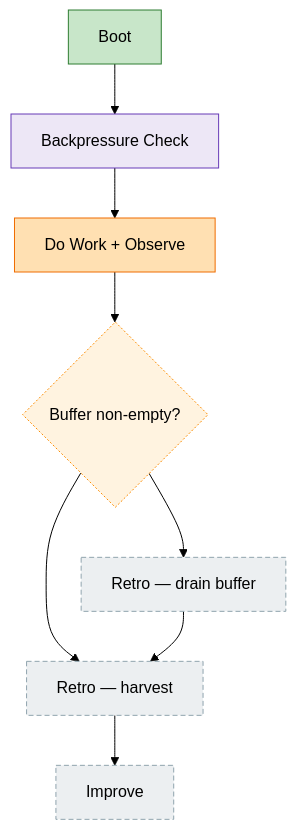
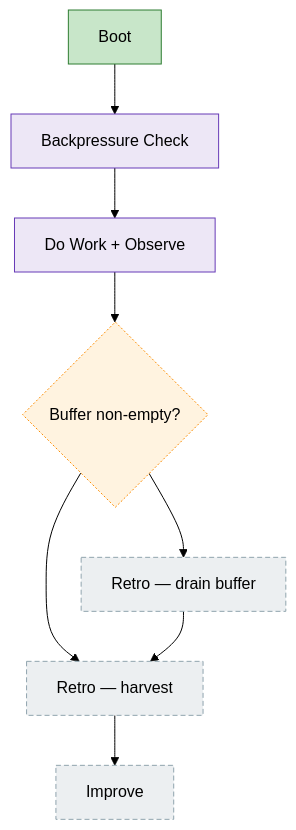
Before and after one commit to AI-Substrate/harness-engineering: the diagram in harness/cli/test/services/flow/fixtures/render/harness-loop.md, drawn with Mermaid (forest theme). The commit also changed 2 other files, not shown here.

Commit message:
fix(flow-040): P3.1 — `observe` is a harness type (D5 colour parity)
HARNESS_TYPES omitted 'observe', so an observe-typed chore (the per-phase
coding-hook capture) rendered :::assumed (grey) instead of :::harness (violet) —
incoherent under D5's colour=type rule, since observe is a harness-loop seam like
backpressure/boot/retro. In the OOTB starter the 5 chores then split 4 violet + 1
grey. Add 'observe' to HARNESS_TYPES; only harness-loop.md golden changes (one
line: observe :::wip → :::harness). Test bites (independently mutation-verified);
1562/1562 green.

````diff
--- a/harness/cli/test/services/flow/fixtures/render/harness-loop.md
+++ b/harness/cli/test/services/flow/fixtures/render/harness-loop.md
@@ -8,32 +8,32 @@
 ```mermaid
 flowchart TD
     boot["Boot"]:::done
     backpressure["Backpressure Check"]:::harness
-    observe["Do Work + Observe"]:::wip
+    observe["Do Work + Observe"]:::harness
     drain_gate{"Buffer non-empty?"}:::decision
     retro_drain["Retro — drain buffer"]:::assumed
     retro_harvest["Retro — harvest"]:::assumed
     improve["Improve"]:::assumed
 
     boot --> backpressure
     backpressure --> observe
     observe --> drain_gate
     drain_gate --> retro_drain
     drain_gate --> retro_harvest
     retro_drain --> retro_harvest
     retro_harvest --> improve
 
     classDef done fill:#C8E6C9,stroke:#2E7D32;
     classDef wip fill:#FFE0B2,stroke:#EF6C00;
     classDef blocked fill:#FFCDD2,stroke:#C62828;
     classDef known fill:#BBDEFB,stroke:#1565C0;
     classDef assumed fill:#ECEFF1,stroke:#90A4AE,stroke-dasharray:5 3;
     classDef said fill:#FFF9C4,stroke:#F9A825;
     classDef harness fill:#EDE7F6,stroke:#673AB7;
     classDef decision fill:#FFF3E0,stroke:#FB8C00,stroke-dasharray:2 2;
     classDef companion fill:#D1C4E9,stroke:#5E35B1;
     classDef worker fill:#B2DFDB,stroke:#00897B;
     classDef unknown fill:#FAFAFA,stroke:#BDBDBD,stroke-dasharray:1 4;
     classDef impOptional stroke-dasharray:2 3;
     classDef impStrong stroke-width:3px;
 ```
````
